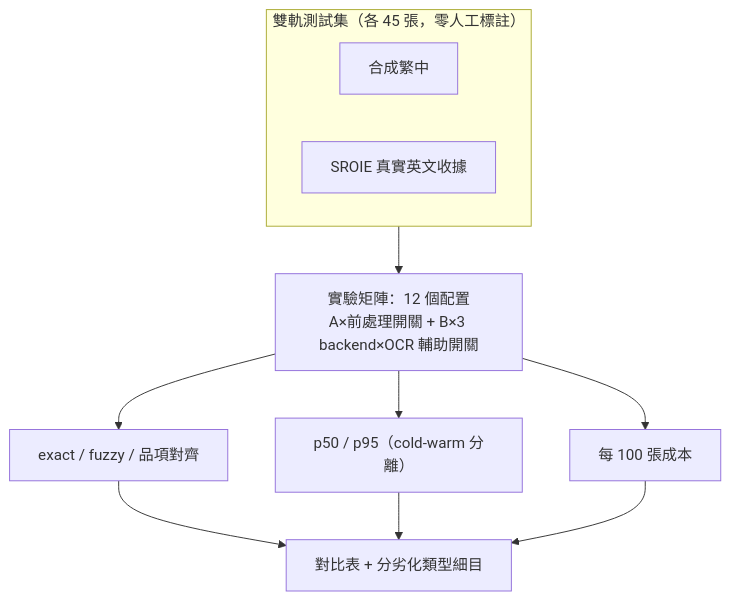
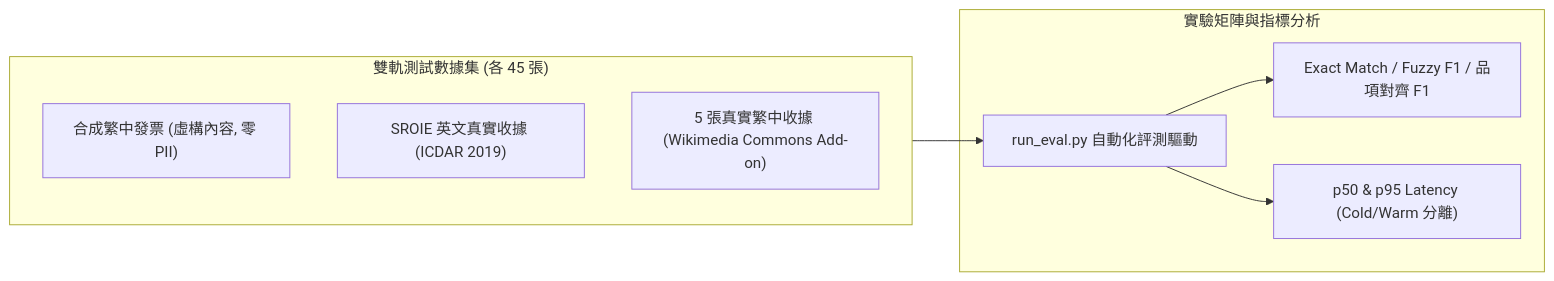
Before and after one commit to kuotunyu/receipt-ocr-vlm-benchmark: the second of 2 diagrams in README.md, drawn with Mermaid. The commit also changed other lines of this file, not shown here.

Commit message:
docs: overhaul README with architecture diagrams and technical benchmark summary

````diff
--- a/README.md
+++ b/README.md
@@ -109,15 +62,16 @@
 ```mermaid
-flowchart TD
-    subgraph DATA["雙軌測試集（各 45 張，零人工標註）"]
-        direction LR
-        SYN["合成繁中"]
-        SROIE["SROIE 真實英文收據"]
+flowchart LR
+    subgraph Datasets ["雙軌測試數據集 (各 45 張)"]
+        SYN["合成繁中發票 (虛構內容, 零 PII)"]
+        SROIE["SROIE 英文真實收據 (ICDAR 2019)"]
+        ADDON["5 張真實繁中收據 (Wikimedia Commons Add-on)"]
     end
-    DATA --> MATRIX["實驗矩陣：12 個配置<br/>A×前處理開關 + B×3 backend×OCR 輔助開關"]
-    MATRIX --> METRICS["exact / fuzzy / 品項對齊"]
-    MATRIX --> LATENCY["p50 / p95（cold-warm 分離）"]
-    MATRIX --> COST["每 100 張成本"]
-    METRICS --> REPORT["對比表 + 分劣化類型細目"]
-    LATENCY --> REPORT
-    COST --> REPORT
+
+    subgraph Matrix ["實驗矩陣與指標分析"]
+        EVAL["run_eval.py 自動化評測驅動"]
+        METRICS["Exact Match / Fuzzy F1 / 品項對齊 F1"]
+        PERF["p50 & p95 Latency (Cold/Warm 分離)"]
+    end
+
+    Datasets --> EVAL --> METRICS & PERF
 ```
````
